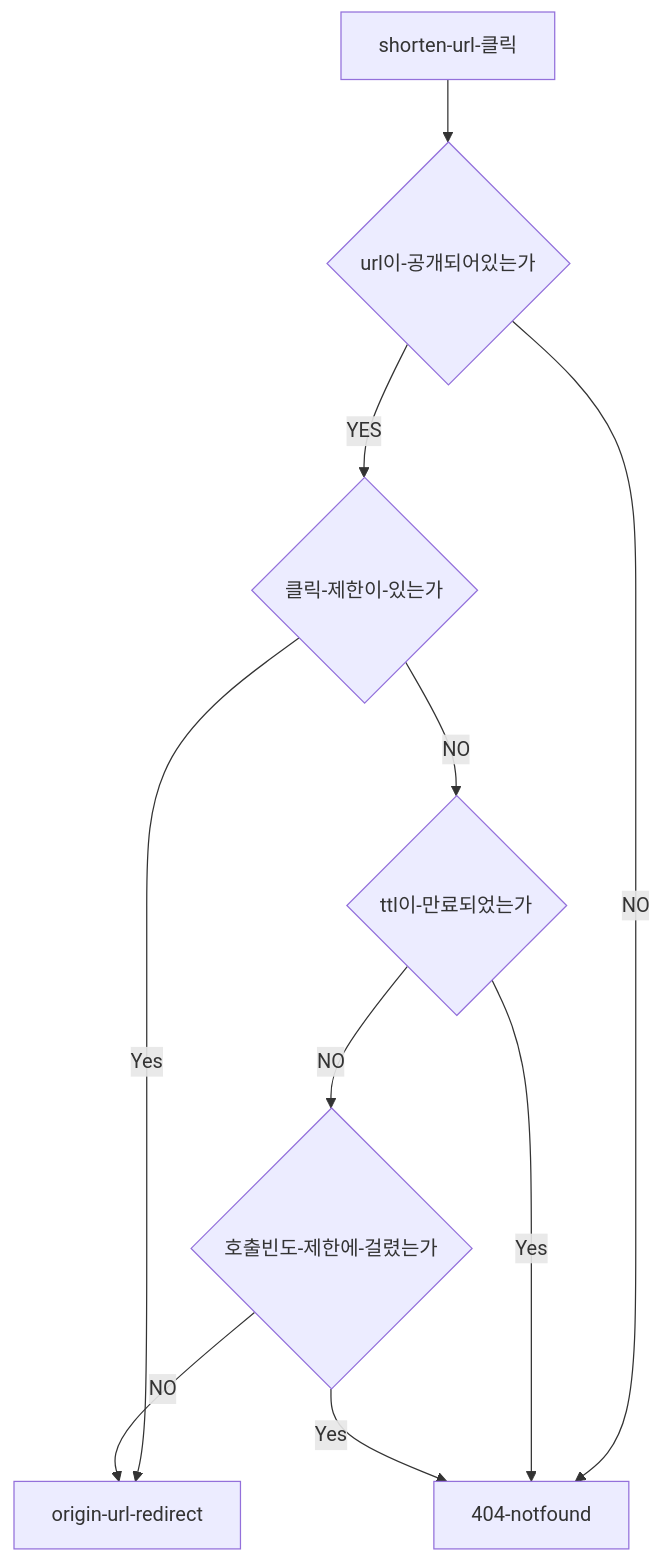
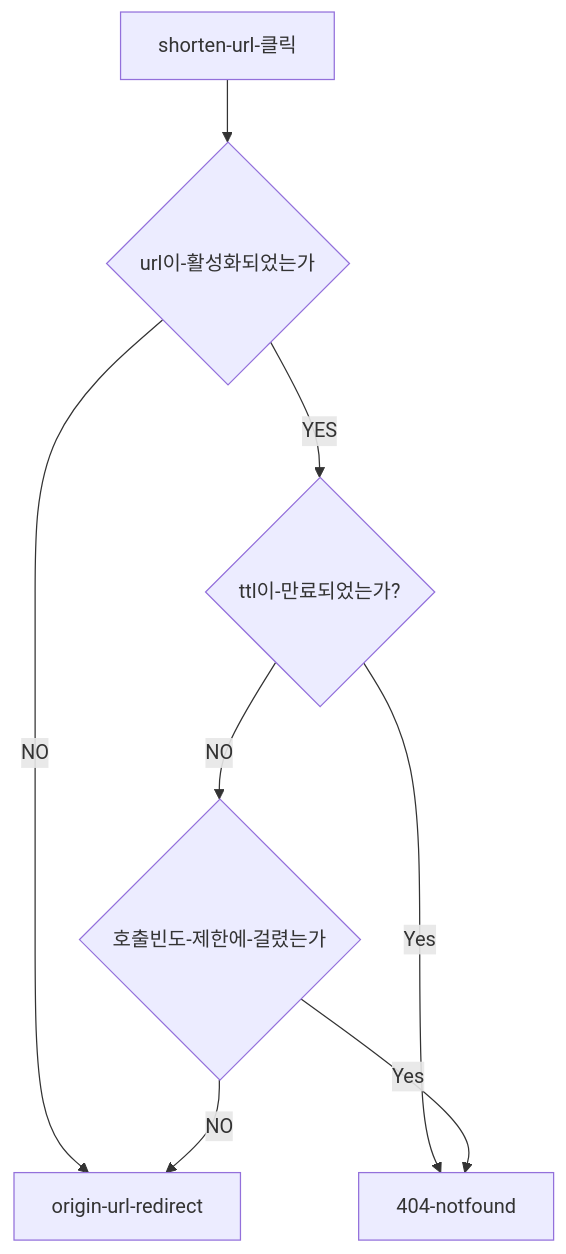
Before and after one commit to 101market/fast-grill-url: the second of 2 diagrams in README.md, drawn with Mermaid. The commit also changed 10 other files, not shown here.

````diff
--- a/README.md
+++ b/README.md
@@ -22,12 +22,10 @@
 ```mermaid
 flowchart TD
-    A[shorten-url-클릭] --> H{shorten-url이-공개되어있는가}
-    G -->|Yes| E[origin-url-redirect]
-    H{url이-공개되어있는가} --> |YES| G{클릭제한이-있는가}
-    H --> |NO| D[404-notfound]
-    G{클릭-제한이-있는가} --> |NO| B{ttl이-만료되었는가}
+    A[shorten-url-클릭] --> G{url이-활성화되었는가}
+    G -->|NO| E[404-notfound]
+    G{url이-활성화되었는가} --> |YES| B{ttl이-만료되었는가}
     B -->|Yes| D[404-notfound]
-    B{ttl이-만료되었는가} --> |NO| C{호출빈도-제한에-걸렸는가}
+    B{ttl이-만료되었는가?} --> |NO| C{호출빈도-제한에-걸렸는가}
     C -->|Yes| D[404-notfound]
     C -->|NO| E[origin-url-redirect]
 ```
````
